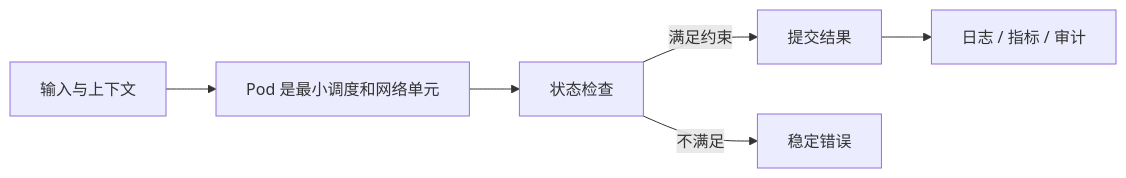
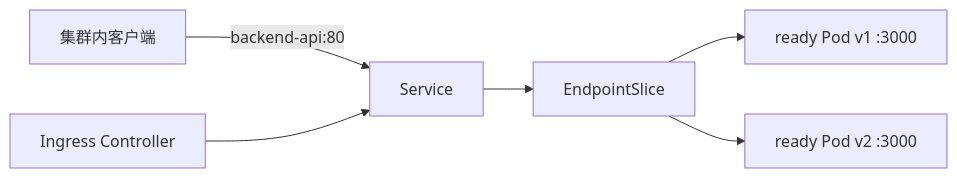
One commit to upJiang/jiang-blog-vitepress changed the diagram in docs/backend/kubernetes-pod-deployment-service-ingress.md. Above: the diagram before and after it, drawn with Mermaid. The commit also changed other lines of this file and 341 other files, not shown here.

````diff
--- a/docs/backend/kubernetes-pod-deployment-service-ingress.md
+++ b/docs/backend/kubernetes-pod-deployment-service-ingress.md
@@ -35,8 +84,8 @@
 ```mermaid
 flowchart LR
-  A[输入与上下文] --> B[Pod 是最小调度和网络单元]
-  B --> C[状态检查]
-  C -->|满足约束| D[提交结果]
-  C -->|不满足| E[稳定错误]
-  D --> F[日志 / 指标 / 审计]
+  CLIENT[集群内客户端] -->|backend-api:80| SVC[Service]
+  SVC --> E[EndpointSlice]
+  E --> P1[ready Pod v1 :3000]
+  E --> P2[ready Pod v2 :3000]
+  ING[Ingress Controller] --> SVC
 ```
````
